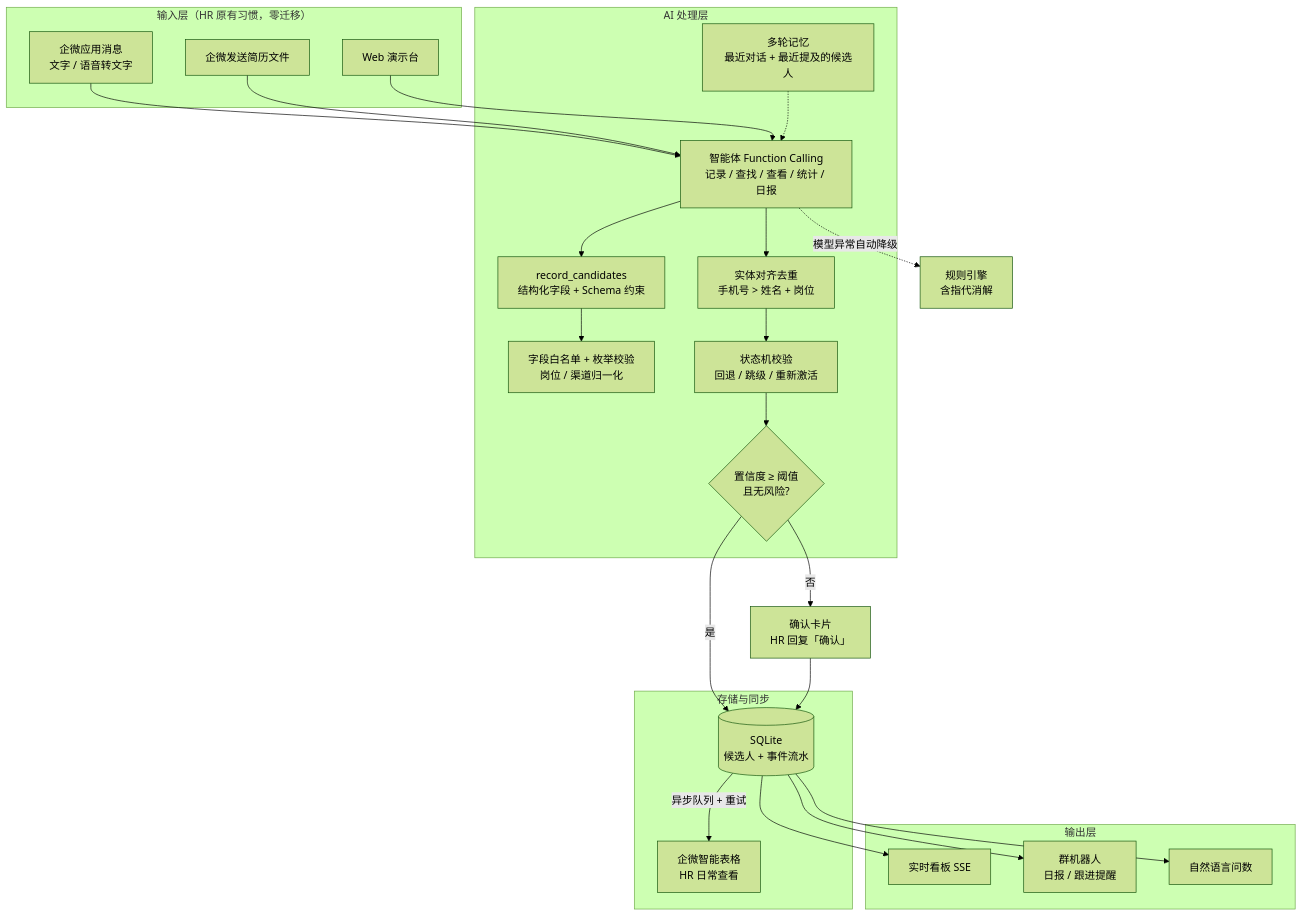
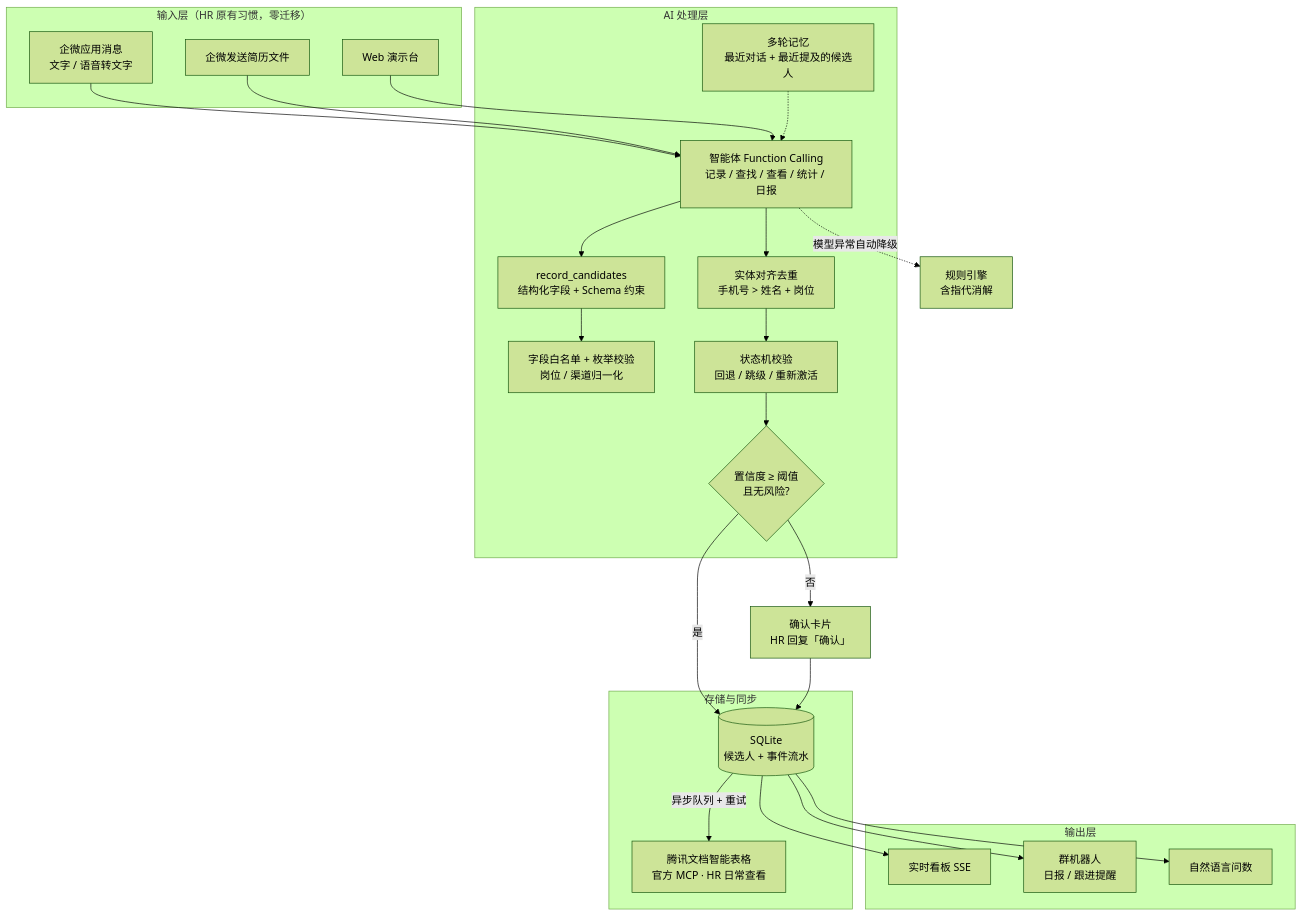
The diagram in README.md (soyorin33/recruit-ai-assistant), drawn with Mermaid (forest theme) before and after one commit. The commit also changed other lines of this file and 24 other files, not shown here.

````diff
--- a/README.md
+++ b/README.md
@@ -64,33 +64,33 @@
 ```mermaid
 flowchart TB
   subgraph 输入["输入层（HR 原有习惯，零迁移）"]
     A1[企微应用消息<br/>文字 / 语音转文字]
     A2[企微发送简历文件]
     A3[Web 演示台]
   end
   subgraph AI["AI 处理层"]
     M[多轮记忆<br/>最近对话 + 最近提及的候选人]
     B1[智能体 Function Calling<br/>记录 / 查找 / 查看 / 统计 / 日报]
     B2[record_candidates<br/>结构化字段 + Schema 约束]
     B3[字段白名单 + 枚举校验<br/>岗位 / 渠道归一化]
     B4[实体对齐去重<br/>手机号 > 姓名 + 岗位]
     B5[状态机校验<br/>回退 / 跳级 / 重新激活]
     B6{置信度 ≥ 阈值<br/>且无风险?}
   end
   subgraph 数据["存储与同步"]
     C1[(SQLite<br/>候选人 + 事件流水)]
-    C2[企微智能表格<br/>HR 日常查看]
+    C2[腾讯文档智能表格<br/>官方 MCP · HR 日常查看]
   end
   subgraph 输出["输出层"]
     D1[实时看板 SSE]
     D2[群机器人<br/>日报 / 跟进提醒]
     D3[自然语言问数]
   end
   A1 & A2 & A3 --> B1 --> B2 --> B3
   M -.-> B1 --> B4 --> B5 --> B6
   B6 -- 是 --> C1
   B6 -- 否 --> E[确认卡片<br/>HR 回复「确认」] --> C1
   C1 -- 异步队列 + 重试 --> C2
   C1 --> D1 & D2 & D3
   B1 -. 模型异常自动降级 .-> R[规则引擎<br/>含指代消解]
 ```
````
